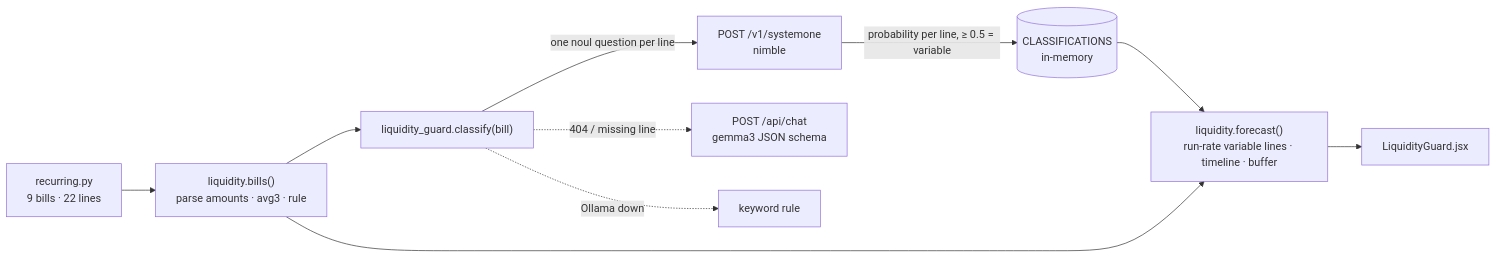
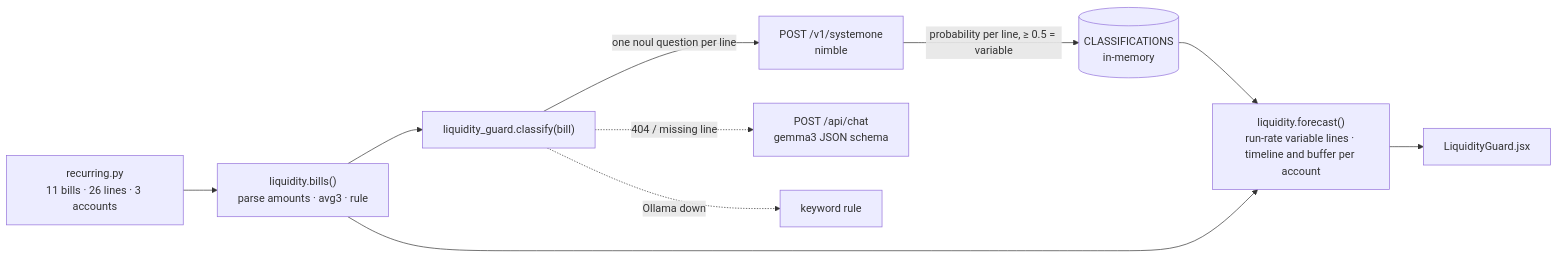
One commit to rajatrao/payment_intelligence changed the ninth of 9 diagrams in docs/ARCHITECTURE.md. Above: the diagram before and after it, drawn with Mermaid. The commit also changed other lines of this file and 11 other files, not shown here.

First line of the commit message:
Liquidity Guard: three bank accounts with bill distribution donuts; tab and docs tidy-up

````diff
--- a/docs/ARCHITECTURE.md
+++ b/docs/ARCHITECTURE.md
@@ -831,12 +831,12 @@
 ```mermaid
 flowchart LR
-    data["recurring.py<br/>9 bills · 22 lines"] --> bills["liquidity.bills()<br/>parse amounts · avg3 · rule"]
+    data["recurring.py<br/>11 bills · 26 lines · 3 accounts"] --> bills["liquidity.bills()<br/>parse amounts · avg3 · rule"]
     bills --> classify["liquidity_guard.classify(bill)"]
     classify -- "one noul question per line" --> nimble["POST /v1/systemone<br/>nimble"]
     nimble -- "probability per line, ≥ 0.5 = variable" --> store[("CLASSIFICATIONS<br/>in-memory")]
     classify -. "404 / missing line" .-> gemma["POST /api/chat<br/>gemma3 JSON schema"]
     classify -. "Ollama down" .-> rule["keyword rule"]
-    store --> forecast["liquidity.forecast()<br/>run-rate variable lines · timeline · buffer"]
+    store --> forecast["liquidity.forecast()<br/>run-rate variable lines · timeline and buffer per account"]
     bills --> forecast
     forecast --> ui["LiquidityGuard.jsx"]
 ```
````
